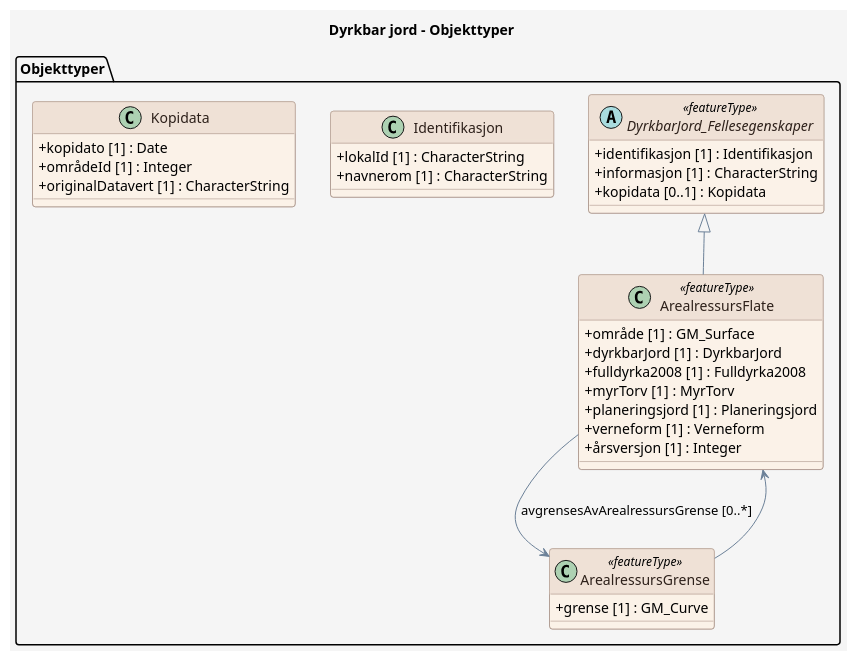
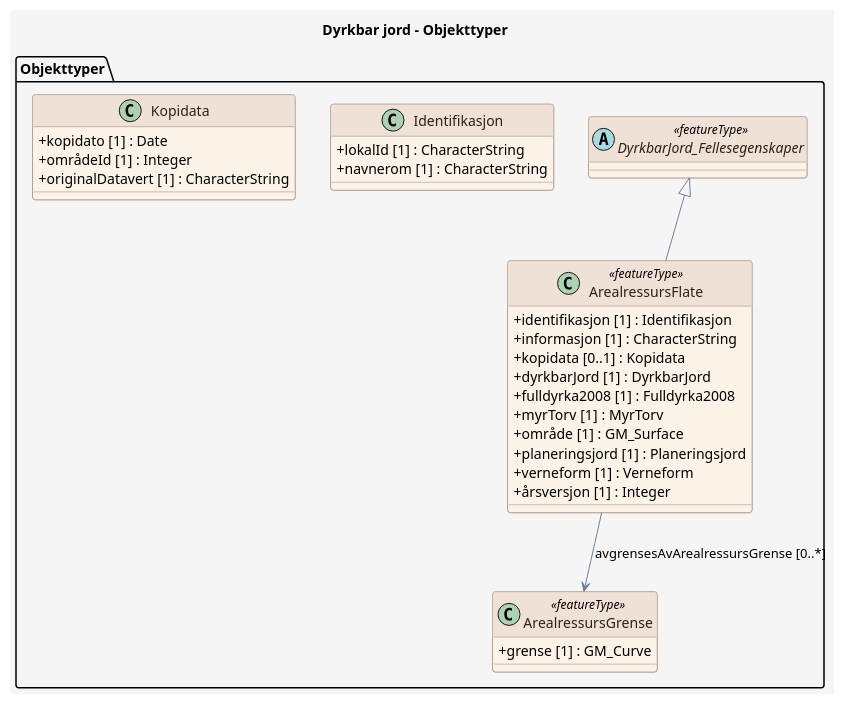
One commit to larsingea/produktspesifikasjon_mal changed the diagram in produktspesifikasjon/dyrkbar-jord/dyrkbar-jord_xmi_feature_catalogue.puml. Above: the diagram before and after it, drawn with PlantUML. The commit also changed 5 other files, not shown here.

```diff
--- a/produktspesifikasjon/dyrkbar-jord/dyrkbar-jord_xmi_feature_catalogue.puml
+++ b/produktspesifikasjon/dyrkbar-jord/dyrkbar-jord_xmi_feature_catalogue.puml
@@ -1,63 +1,63 @@
 @startuml
 title Dyrkbar jord - Objekttyper
 
 skinparam backgroundColor #F5F5F5
 skinparam shadowing false
 skinparam RoundCorner 6
 skinparam ArrowColor #6C8198
 skinparam class {
   BackgroundColor #FBF2E8
   BorderColor #9C8578
   FontColor #2D201A
   HeaderBackgroundColor #EFE1D6
   HeaderFontColor #2D201A
   AttributeIconSize 0
 }
 skinparam note {
   BackgroundColor #FFFFFF
   BorderColor #6C8198
   FontColor #2D201A
 }
 skinparam stereotypeCBackgroundColor #EAD9CE
 skinparam stereotypeCBorderColor #9C8578
 skinparam stereotypeCFontColor #2D201A
 
 package "Objekttyper" {
 
   abstract class DyrkbarJord_Fellesegenskaper <<featureType>> {
+    ' Ingen attributter
+  }
+
+  class ArealressursFlate <<featureType>> {
     + identifikasjon [1] : Identifikasjon
     + informasjon [1] : CharacterString
     + kopidata [0..1] : Kopidata
-  }
-
-  class ArealressursFlate <<featureType>> {
-    + område [1] : GM_Surface
     + dyrkbarJord [1] : DyrkbarJord
     + fulldyrka2008 [1] : Fulldyrka2008
     + myrTorv [1] : MyrTorv
+    + område [1] : GM_Surface
     + planeringsjord [1] : Planeringsjord
     + verneform [1] : Verneform
     + årsversjon [1] : Integer
   }
 
   class ArealressursGrense <<featureType>> {
     + grense [1] : GM_Curve
   }
 
   class Identifikasjon {
     + lokalId [1] : CharacterString
     + navnerom [1] : CharacterString
   }
 
   class Kopidata {
     + kopidato [1] : Date
     + områdeId [1] : Integer
     + originalDatavert [1] : CharacterString
   }
 }
 
   DyrkbarJord_Fellesegenskaper <|-- ArealressursFlate
   ArealressursFlate --> ArealressursGrense : avgrensesAvArealressursGrense [0..*]
-  ArealressursGrense --> ArealressursFlate
 
 @enduml
```
